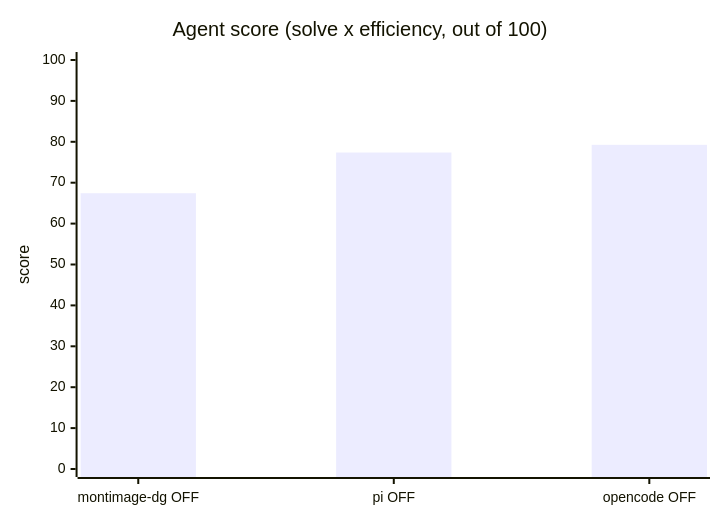
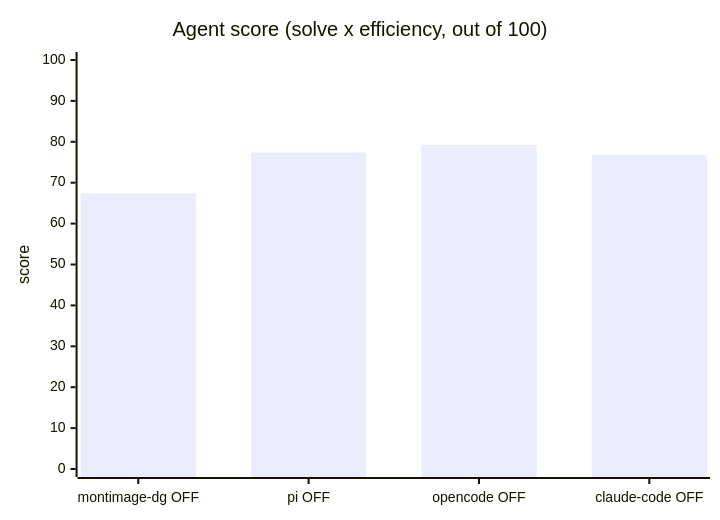
One commit to luongnv89/dgx-spark-llm-lab changed the third of 6 diagrams in results/2026-08-20-pi-harness/REPORT.md. Above: the diagram before and after it, drawn with Mermaid. The commit also changed other lines of this file and 12 other files, not shown here.

First line of the commit message:
Add the Claude Code harness adapter and fold it into the comparison (#1)

````diff
--- a/results/2026-08-20-pi-harness/REPORT.md
+++ b/results/2026-08-20-pi-harness/REPORT.md
@@ -43,7 +46,7 @@
 ```mermaid
 xychart-beta
     title "Agent score (solve x efficiency, out of 100)"
-    x-axis ["montimage-dg OFF", "pi OFF", "opencode OFF"]
+    x-axis ["montimage-dg OFF", "pi OFF", "opencode OFF", "claude-code OFF"]
     y-axis "score" 0 --> 100
-    bar [67.43, 77.38, 79.26]
+    bar [67.43, 77.38, 79.26, 76.68]
 ```
````
